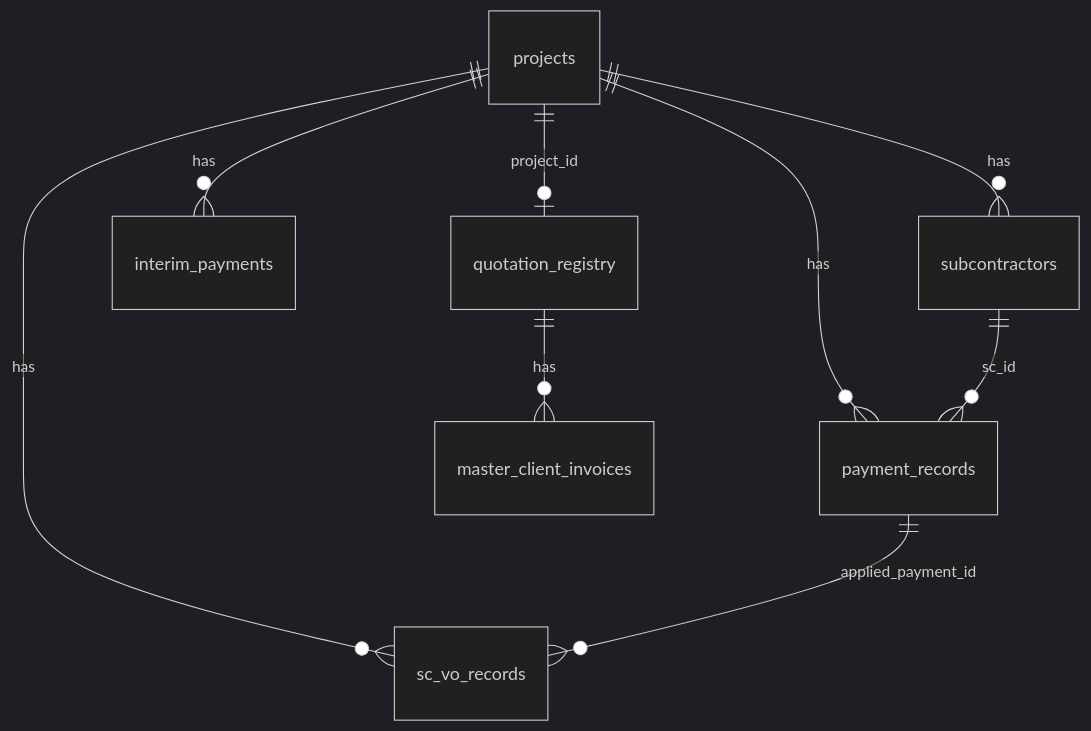
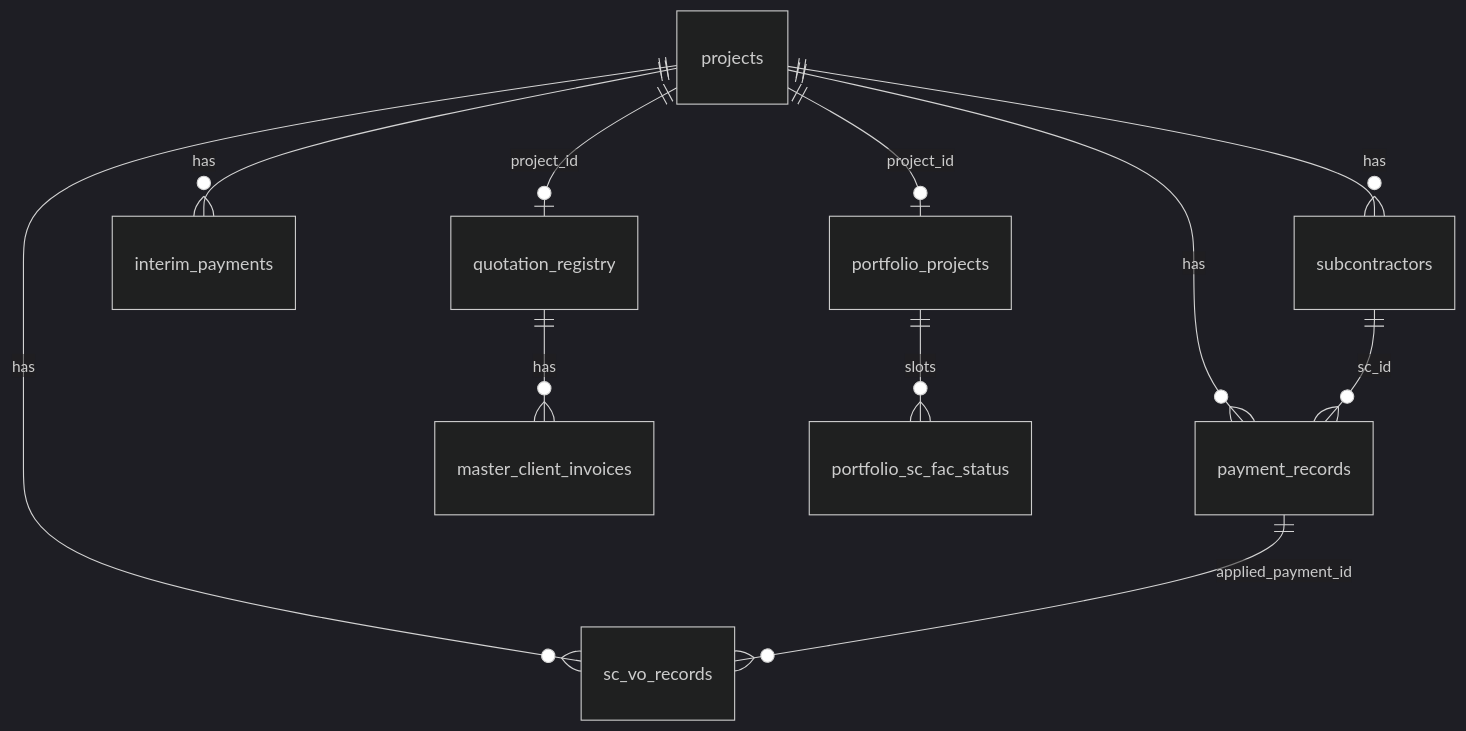
Before and after one commit to FireGold89/OSsysCU: the first of 2 diagrams in docs/Data Model.md, drawn with Mermaid (dark theme). The commit also changed other lines of this file and 33 other files, not shown here.

First line of the commit message:
V2 QS 更新：VO/糧期/主分判 FAC 及 Portfolio 模組（v2-20260911-sc-fac-p2-gap）

````diff
--- a/docs/Data Model.md
+++ b/docs/Data Model.md
@@ -166,11 +279,13 @@
 ```mermaid
 erDiagram
     projects ||--o{ subcontractors : has
     projects ||--o{ payment_records : has
     projects ||--o{ interim_payments : has
     projects ||--o{ sc_vo_records : has
     projects ||--o| quotation_registry : project_id
     quotation_registry ||--o{ master_client_invoices : has
     subcontractors ||--o{ payment_records : sc_id
     payment_records ||--o{ sc_vo_records : applied_payment_id
+    portfolio_projects ||--o{ portfolio_sc_fac_status : slots
+    projects ||--o| portfolio_projects : project_id
 ```
````
